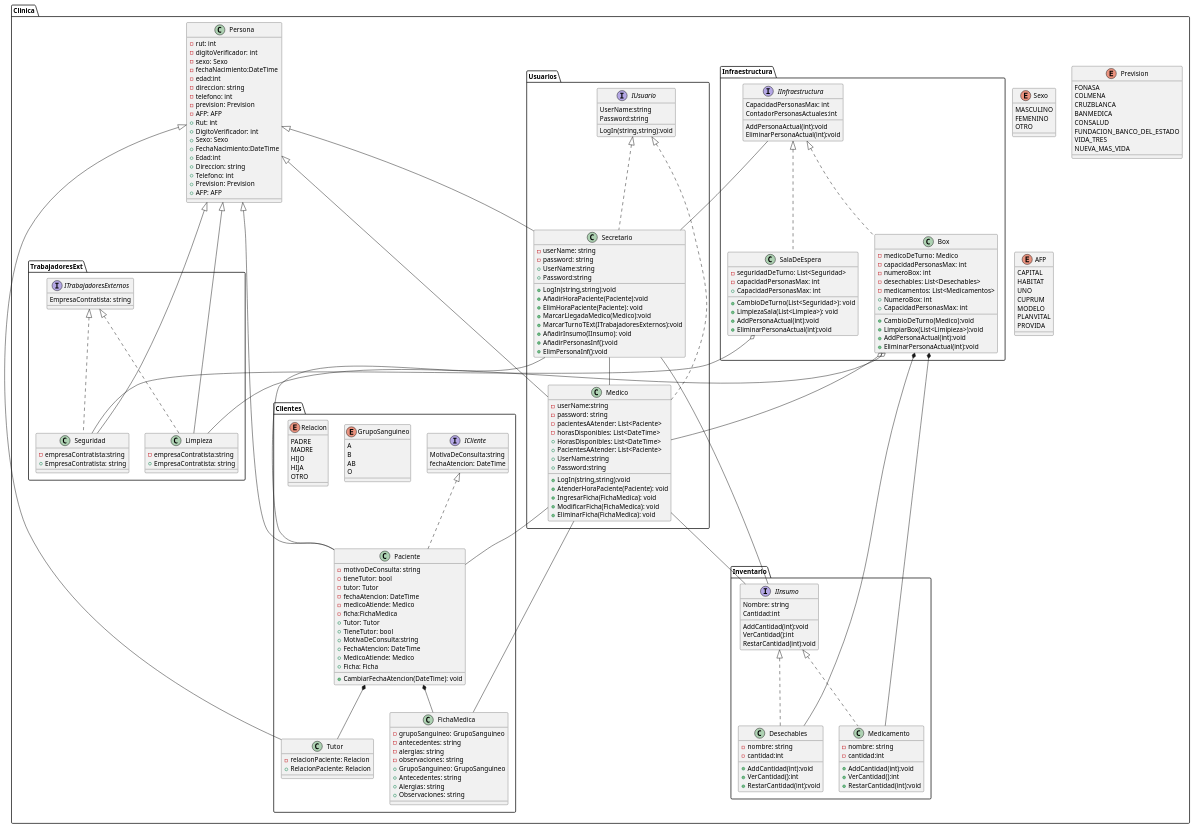
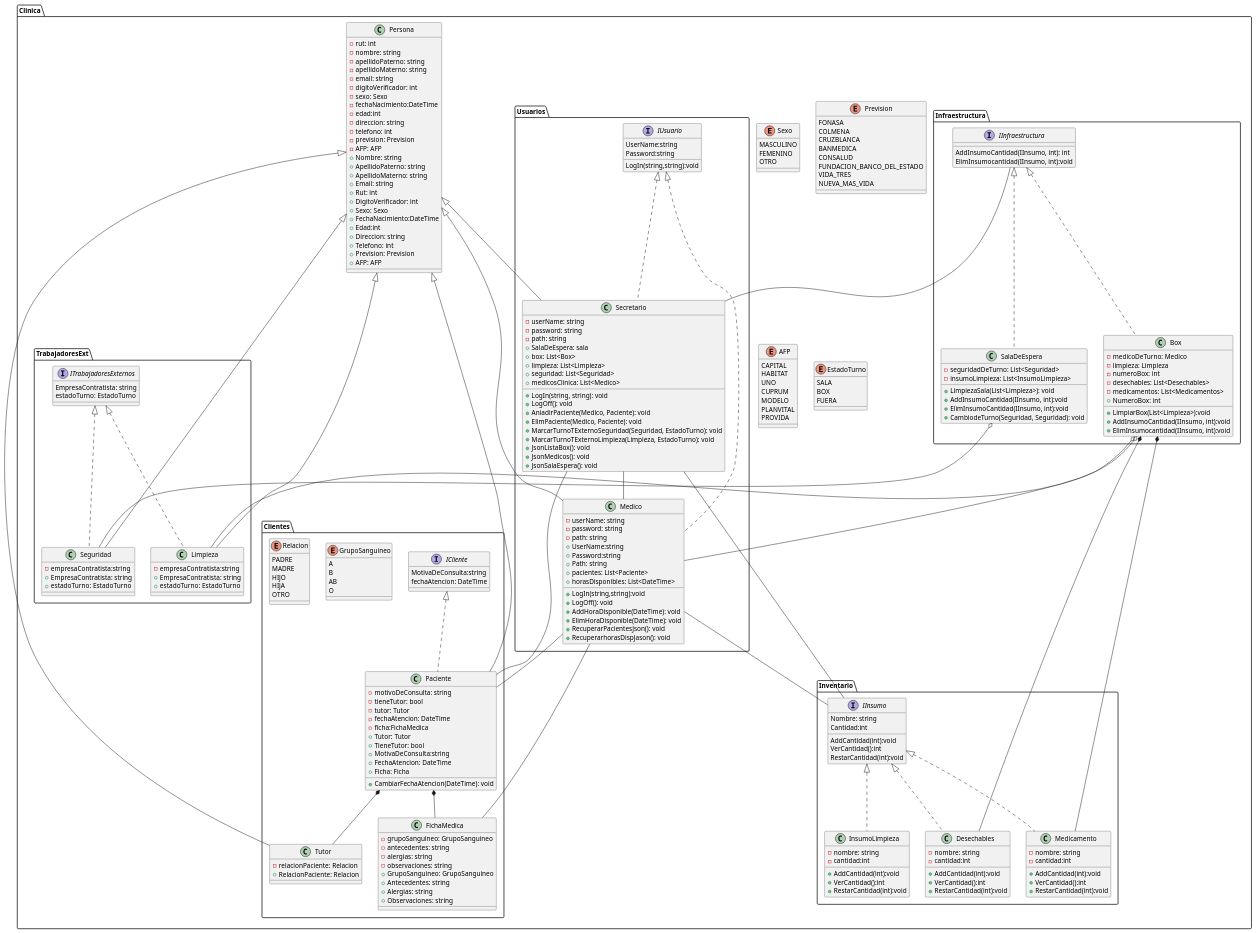
Before and after one commit to ecadiz123/ProyectoAvaloniaProgra2: the diagram in consultorio.puml, drawn with PlantUML. The commit also changed 7 other files, not shown here.

```diff
--- a/consultorio.puml
+++ b/consultorio.puml
@@ -21,6 +21,13 @@
             + RestarCantidad(int):void
         }
         class Desechables {
+            - nombre: string
+            - cantidad:int
+            + AddCantidad(int):void
+            + VerCantidad():int
+            + RestarCantidad(int):void
+        }
+        class InsumoLimpieza {
             - nombre: string
             - cantidad:int
             + AddCantidad(int):void
@@ -55,9 +62,18 @@
         PLANVITAL
         PROVIDA
     }
+    enum EstadoTurno{
+        SALA
+        BOX
+        FUERA
+    }
         class Persona
         {
         - rut: int
+        - nombre: string
+        - apellidoPaterno: string
+        - apellidoMaterno: string
+        - email: string
         - digitoVerificador: int
         - sexo: Sexo
         - fechaNacimiento:DateTime
@@ -66,6 +82,10 @@
         - telefono: int
         - prevision: Prevision
         - AFP: AFP
+        + Nombre: string
+        + ApellidoPaterno: string
+        + ApellidoMaterno: string
+        + Email: string
         + Rut: int
         + DigitoVerificador: int
         + Sexo: Sexo
@@ -81,15 +101,18 @@
         {
         interface ITrabajadoresExternos{
             EmpresaContratista: string
+            estadoTurno: EstadoTurno
         }
          class Limpieza{
             - empresaContratista:string
             + EmpresaContratista: string
+            + estadoTurno: EstadoTurno
          }
 
         class Seguridad{
             - empresaContratista:string
             + EmpresaContratista: string
+            + estadoTurno: EstadoTurno
         }
         }
         package Clientes
@@ -129,14 +152,12 @@
             - tieneTutor: bool
             - tutor: Tutor
             - fechaAtencion: DateTime
-            - medicoAtiende: Medico
             - ficha:FichaMedica
             + CambiarFechaAtencion(DateTime): void
             + Tutor: Tutor
             + TieneTutor: bool
             + MotivaDeConsulta:string
             + FechaAtencion: DateTime
-            + MedicoAtiende: Medico
             + Ficha: Ficha
         }
         class Tutor{
@@ -156,35 +177,40 @@
                 Password:string
             }
             class Secretario{
-                -userName: string
-                -password: string
-                + LogIn(string,string):void
-                + UserName:string
-                + Password:string
-                + AñadirHoraPaciente(Paciente):void
-                + ElimHoraPaciente(Paciente): void
-                + MarcarLlegadaMedico(Medico):void
-                + MarcarTurnoTExt(ITrabajadoresExternos):void
-                + AñadirInsumo(IInsumo): void
-                'Preguntar al profe sobre quien deberia tener metodo de añadir a infraestructura, si la inf o el que hace la cuenta de las personas es decir el secretario
-                + AñadirPersonasInf():void
-                + ElimPersonaInf():void
+                - userName: string
+                - password: string
+                - path: string
+                + SalaDeEspera: sala
+                + box: List<Box>
+                + limpieza: List<Limpieza>
+                + seguridad: List<Seguridad>
+                + medicosClinica: List<Medico>
+                + LogIn(string, string): void
+                + LogOff(): void
+                + AniadirPaciente(Medico, Paciente): void
+                + ElimPaciente(Medico, Paciente): void
+                + MarcarTurnoTExternoSeguridad(Seguridad, EstadoTurno): void
+                + MarcarTurnoTExternoLimpieza(Limpieza, EstadoTurno): void
+                + JsonListaBox(): void
+                + JsonMedicos(): void
+                +JsonSalaEspera(): void
             }
 
             class Medico{
-                - userName:string
+                - userName: string
                 - password: string
-                - pacientesAAtender: List<Paciente>
-                - horasDisponibles: List<DateTime>
-                + HorasDisponibles: List<DateTime>
-                + PacientesAAtender: List<Paciente>
+                - path: string
                 + LogIn(string,string):void
+                + LogOff(): void
                 + UserName:string
                 + Password:string
-                + AtenderHoraPaciente(Paciente): void
-                + IngresarFicha(FichaMedica): void
-                + ModificarFicha(FichaMedica): void
-                + EliminarFicha(FichaMedica): void
+                + Path: string
+                + AddHoraDisponible(DateTime): void
+                + ElimHoraDisponible(DateTime): void
+                + pacientes: List<Paciente>
+                + horasDisponibles: List<DateTime>
+                + RecuperarPacientesJson(): void
+                + RecuperarhorasDispJason(): void
             }
 
           
@@ -192,32 +218,27 @@
         package Infraestructura
          {
              interface IInfraestructura{
-                 CapacidadPersonasMax: int
-                 ContadorPersonasActuales:int
-                 AddPersonaActual(int):void
-                 EliminarPersonaActual(int):void
+                 AddInsumoCantidad(IInsumo, int): int
+                 ElimInsumocantidad(IInsumo, int):void
              }
              class Box{
                  - medicoDeTurno: Medico
-                 - capacidadPersonasMax: int
+                 - limpieza: Limpieza
                  - numeroBox: int
                  - desechables: List<Desechables>
                  - medicamentos: List<Medicamentos>
                  + NumeroBox: int
-                 + CambioDeTurno(Medico):void
-                 + LimpiarBox(List<Limipieza>):void
-                 + CapacidadPersonasMax: int
-                 + AddPersonaActual(int):void
-                 + EliminarPersonaActual(int):void
+                 + LimpiarBox(List<Limpieza>):void
+                 + AddInsumoCantidad(IInsumo, int):void
+                 + ElimInsumocantidad(IInsumo, int):void
              }
              class SalaDeEspera {
                  - seguridadDeTurno: List<Seguridad>
-                 - capacidadPersonasMax: int
-                 + CapacidadPersonasMax: int
-                 + CambioDeTurno(List<Seguridad>): void
-                 + LimpiezaSala(List<Limpiea>): void
-                 + AddPersonaActual(int):void
-                 + EliminarPersonaActual(int):void
+                 - insumoLimpieza: List<InsumoLimpieza>
+                 + LimpiezaSala(List<Limpieza>): void
+                 + AddInsumoCantidad(IInsumo, int):void
+                 + ElimInsumoCantidad(IInsumo, int):void
+                 + CambiodeTurno(Seguridad, Seguridad): void
              }
              
 
@@ -269,6 +290,7 @@
         'Interfaz Insumos
         IInsumo <|.. Medicamento
         IInsumo <|.. Desechables
+        IInsumo <|.. InsumoLimpieza
         'Interfaz Infraestructura
         IInfraestructura <|.. Box
         IInfraestructura <|.. SalaDeEspera
```
